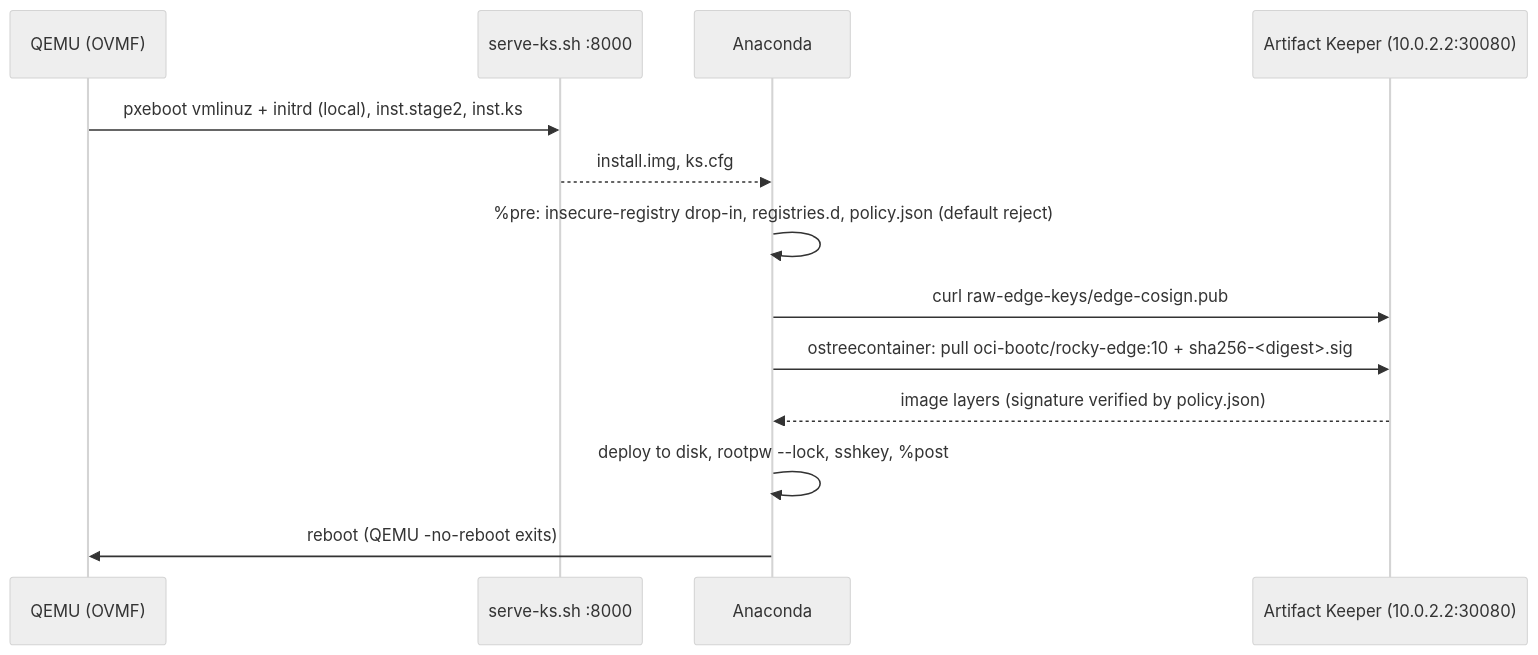
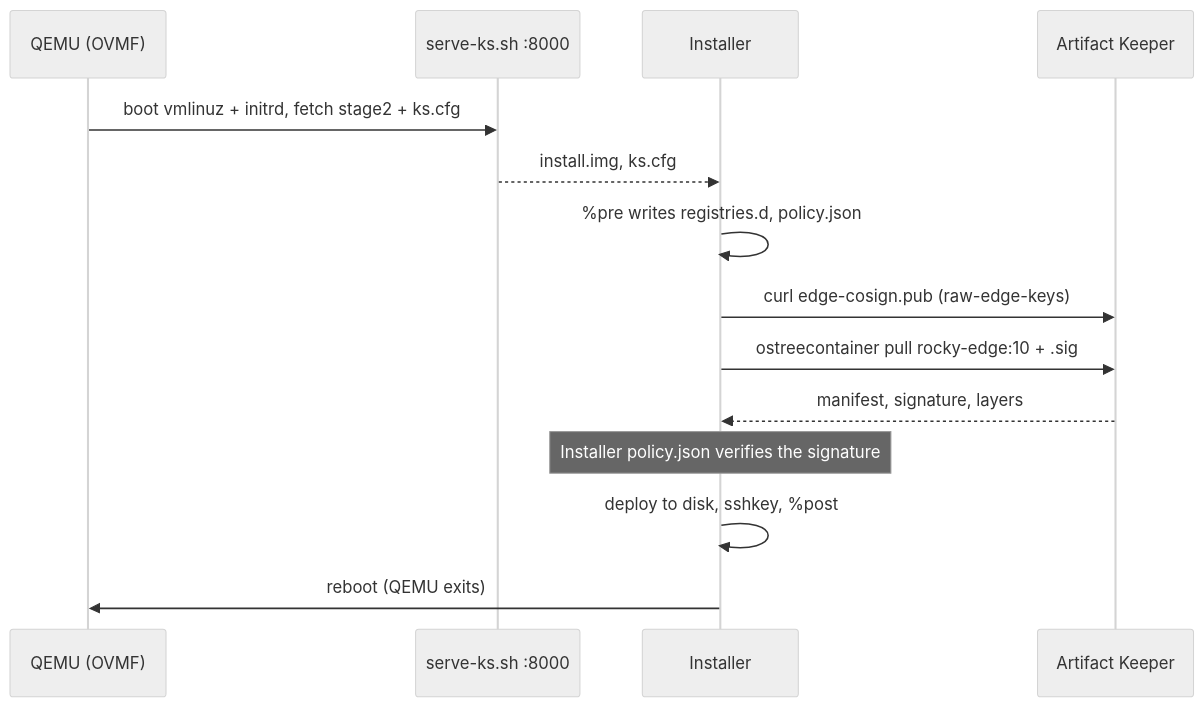
The third of 4 diagrams in docs/architecture.md (brandonrc/rocky-custom-baremetal-deployment), drawn with Mermaid (neutral theme) before and after one commit. The commit also changed other lines of this file and 12 other files, not shown here.

````diff
--- a/docs/architecture.md
+++ b/docs/architecture.md
@@ -136,15 +189,16 @@
 ```mermaid
 sequenceDiagram
   participant Q as QEMU (OVMF)
   participant H as serve-ks.sh :8000
-  participant A as Anaconda
-  participant AK as Artifact Keeper (10.0.2.2:30080)
-  Q->>H: pxeboot vmlinuz + initrd (local), inst.stage2, inst.ks
+  participant A as Installer
+  participant AK as Artifact Keeper
+  Q->>H: boot vmlinuz + initrd, fetch stage2 + ks.cfg
   H-->>A: install.img, ks.cfg
-  A->>A: %pre: insecure-registry drop-in, registries.d, policy.json (default reject)
-  A->>AK: curl raw-edge-keys/edge-cosign.pub
-  A->>AK: ostreecontainer: pull oci-bootc/rocky-edge:10 + sha256-<digest>.sig
-  AK-->>A: image layers (signature verified by policy.json)
-  A->>A: deploy to disk, rootpw --lock, sshkey, %post
-  A->>Q: reboot (QEMU -no-reboot exits)
+  A->>A: %pre writes registries.d, policy.json
+  A->>AK: curl edge-cosign.pub (raw-edge-keys)
+  A->>AK: ostreecontainer pull rocky-edge:10 + .sig
+  AK-->>A: manifest, signature, layers
+  Note over A: Installer policy.json verifies the signature
+  A->>A: deploy to disk, sshkey, %post
+  A->>Q: reboot (QEMU exits)
 ```
````
